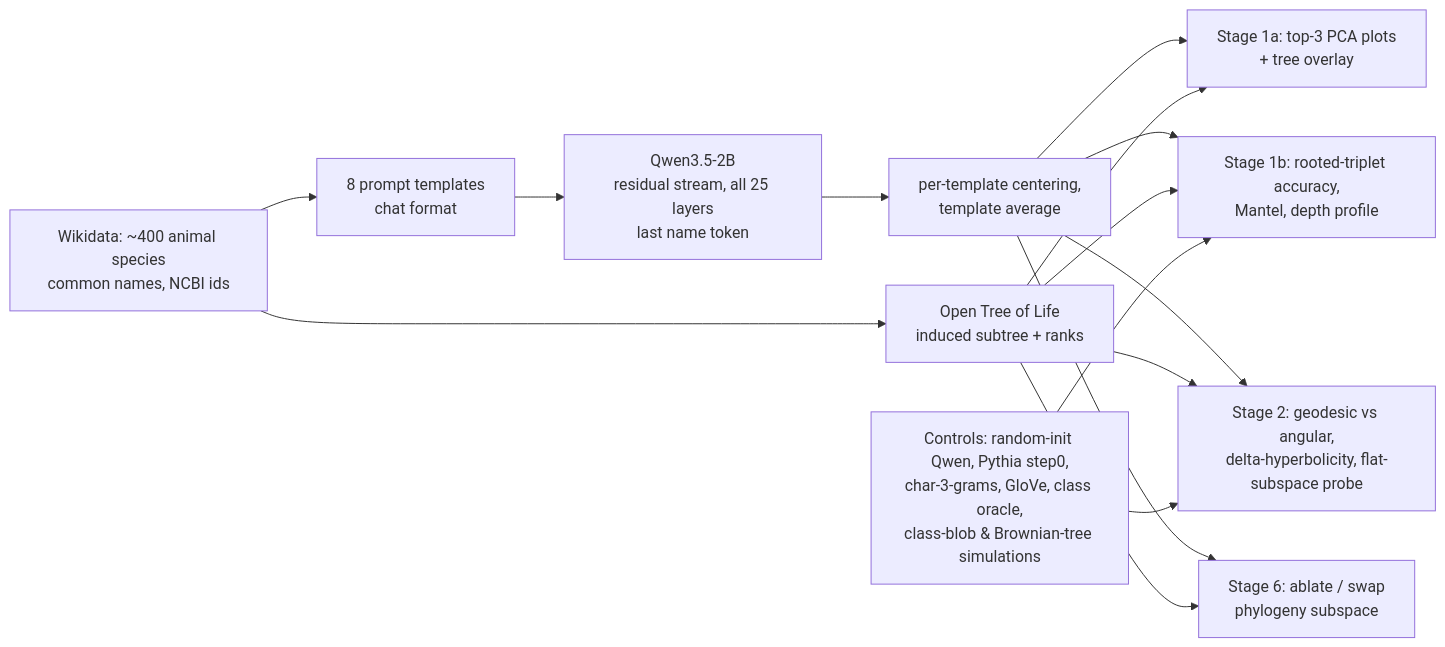
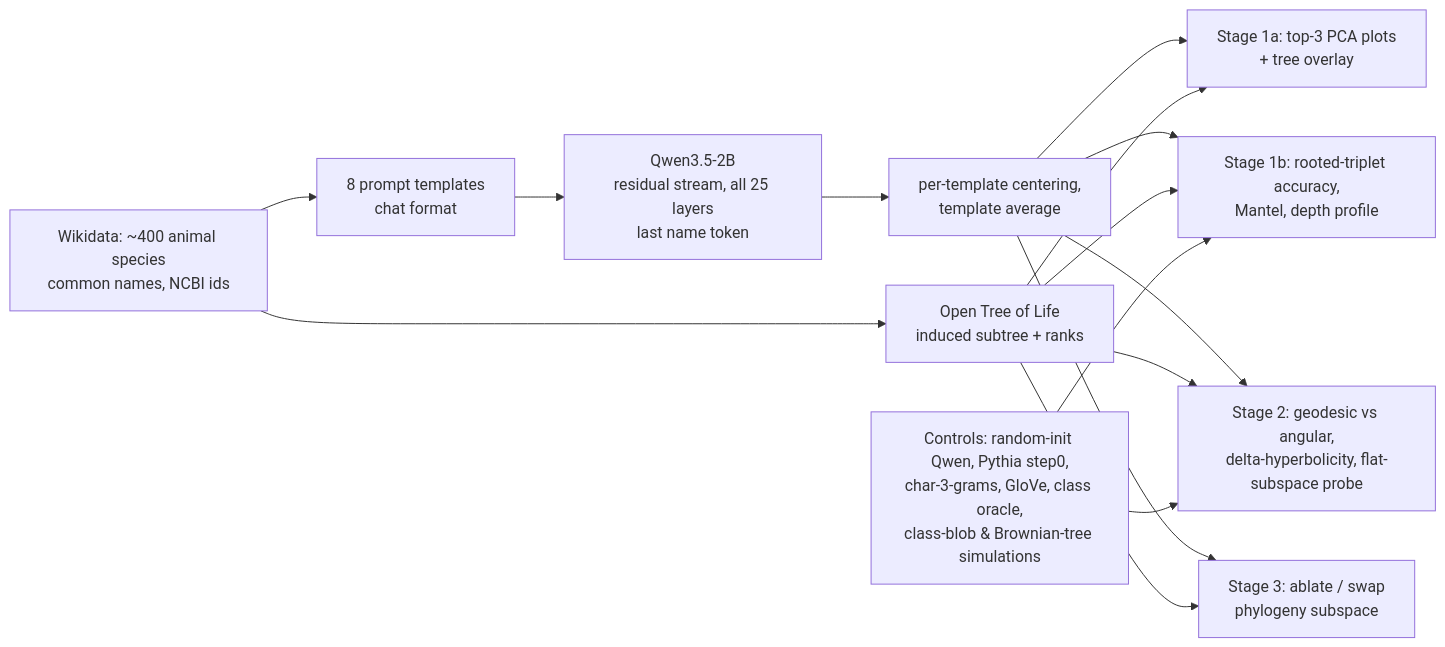
One commit to BurnyCoder/phylogenetic-geometry-of-tree-of-life-in-llms-mechanistic-interpretability changed the diagram in README.md. Above: the diagram before and after it, drawn with Mermaid. The commit also changed other lines of this file and 3 other files, not shown here.

````diff
--- a/README.md
+++ b/README.md
@@ -16,13 +16,13 @@
 ```mermaid
 flowchart LR
   A[Wikidata: ~400 animal species<br/>common names, NCBI ids] --> B[Open Tree of Life<br/>induced subtree + ranks]
   A --> C[8 prompt templates<br/>chat format]
   C --> D[Qwen3.5-2B<br/>residual stream, all 25 layers<br/>last name token]
   D --> E[per-template centering,<br/>template average]
   E --> F1[Stage 1a: top-3 PCA plots<br/>+ tree overlay]
   E --> F2[Stage 1b: rooted-triplet accuracy,<br/>Mantel, depth profile]
   E --> F3[Stage 2: geodesic vs angular,<br/>delta-hyperbolicity, flat-subspace probe]
-  E --> F4[Stage 6: ablate / swap<br/>phylogeny subspace]
+  E --> F4[Stage 3: ablate / swap<br/>phylogeny subspace]
   B --> F1 & F2 & F3 & F4
   G[Controls: random-init Qwen, Pythia step0,<br/>char-3-grams, GloVe, class oracle,<br/>class-blob & Brownian-tree simulations] --> F2 & F3
 ```
````
